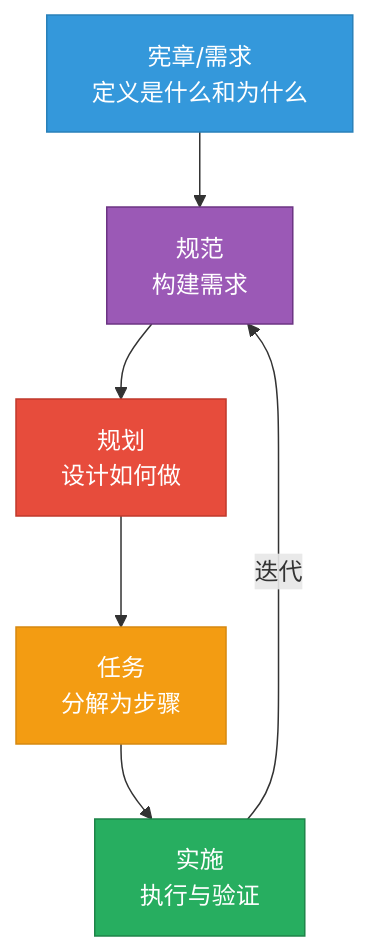
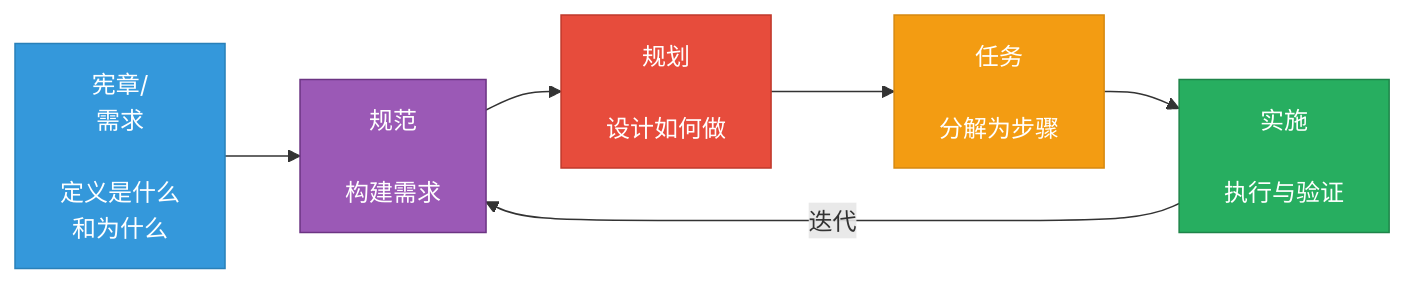
The second of 3 diagrams in i18n/zh/docusaurus-plugin-content-blog/2025-10-22-implementing-spec-driven-development-tools-and-workflows-in-practice.mdx (tikazyq/marvinzhang.dev), drawn with Mermaid before and after one commit. The commit also changed other lines of this file and 1 other file, not shown here.

Commit message:
Fix SDD article: improve diagrams, add conservative language, reference Rice's theorem

````diff
--- a/i18n/zh/docusaurus-plugin-content-blog/2025-10-22-implementing-spec-driven-development-tools-and-workflows-in-practice.mdx
+++ b/i18n/zh/docusaurus-plugin-content-blog/2025-10-22-implementing-spec-driven-development-tools-and-workflows-in-practice.mdx
@@ -154,14 +157,14 @@
 ```mermaid
-flowchart TD
-    A["宪章/需求<br/>定义是什么和为什么"] --> B["规范<br/>构建需求"]
-    B --> C["规划<br/>设计如何做"]
-    C --> D["任务<br/>分解为步骤"]
-    D --> E["实施<br/>执行与验证"]
+flowchart LR
+    A["宪章/<br/>需求<br/><br/>定义是什么<br/>和为什么"] --> B["规范<br/><br/>构建需求"]
+    B --> C["规划<br/><br/>设计如何做"]
+    C --> D["任务<br/><br/>分解为步骤"]
+    D --> E["实施<br/><br/>执行与验证"]
     E -->|迭代| B
     
     style A fill:#3498db,stroke:#2980b9,color:#fff
     style B fill:#9b59b6,stroke:#6c3483,color:#fff
     style C fill:#e74c3c,stroke:#c0392b,color:#fff
     style D fill:#f39c12,stroke:#d68910,color:#fff
     style E fill:#27ae60,stroke:#1e8449,color:#fff
 ```
````
